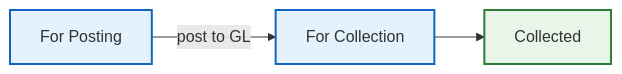
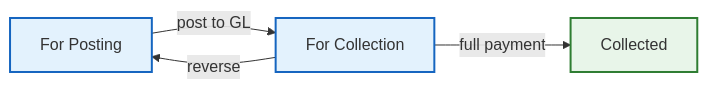
One commit to fri-mis-enterprise/MMSI.IBS changed the diagram in Docs/manual/03-billing.md. Above: the diagram before and after it, drawn with Mermaid. The commit also changed other lines of this file and 5 other files, not shown here.

Commit message:
docs: correct MSAP workflow charts to match UI flow + add workflow design review

````diff
--- a/Docs/manual/03-billing.md
+++ b/Docs/manual/03-billing.md
@@ -7,10 +7,11 @@
 ```mermaid
 graph LR
     ForPosting[For Posting] -->|post to GL| ForCollection[For Collection]
-    ForCollection --> Collected
+    ForCollection -->|full payment| Collected
+    ForCollection -->|reverse| ForPosting
 
     classDef pending fill:#e3f2fd,stroke:#1565c0,stroke-width:2px;
     classDef done fill:#e8f5e9,stroke:#2e7d32,stroke-width:2px;
     class ForPosting,ForCollection pending;
-    class Collected,Paid done;
+    class Collected done;
 ```
````
